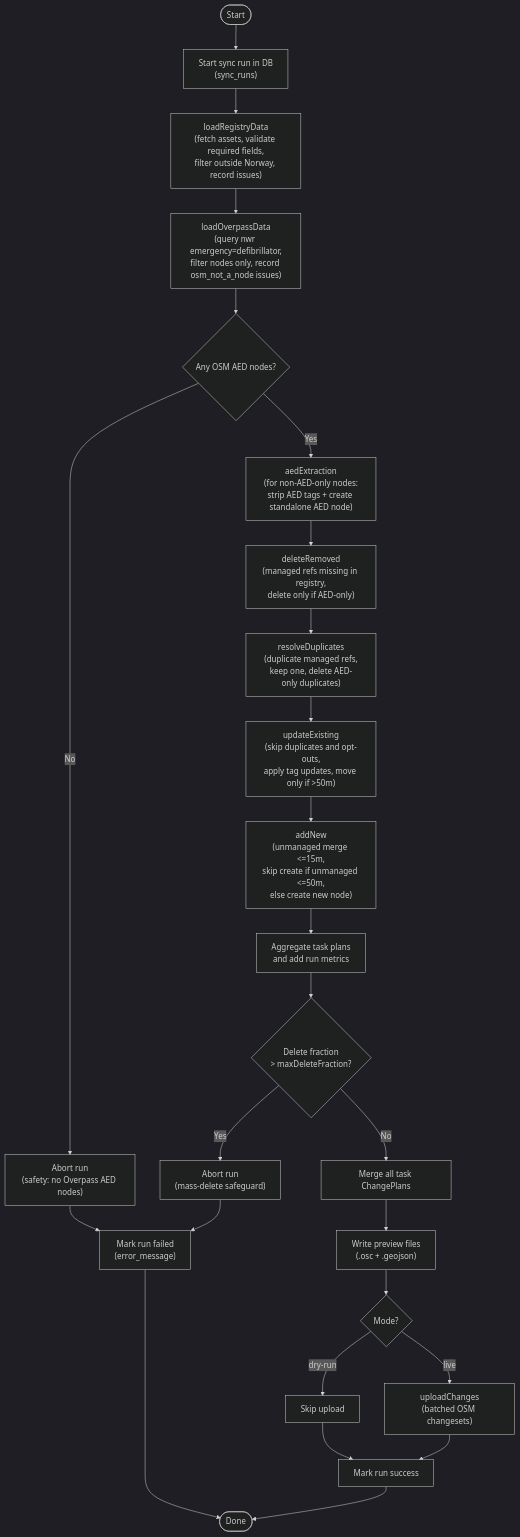
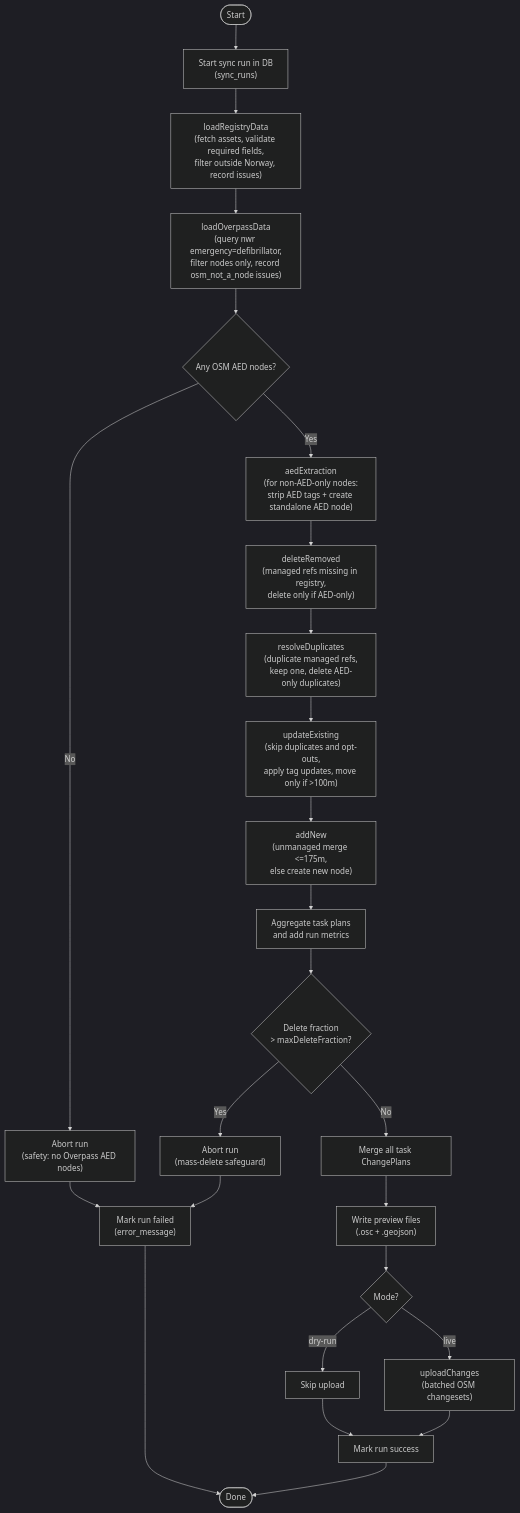
Before and after one commit to Johannes-Andersen/Hjertestarterregister2OSM: the diagram in README.md, drawn with Mermaid (dark theme). The commit also changed other lines of this file and 1 other file, not shown here.

Commit message:
fix: changedLocationDistanceMeters = 100 unmanagedMergeDistanceMeters = 175

````diff
--- a/README.md
+++ b/README.md
@@ -138,30 +138,30 @@
 ```mermaid
 flowchart TD
     Start([Start]) --> InitRun["Start sync run in DB<br/>(sync_runs)"]
     InitRun --> LoadReg["loadRegistryData<br/>(fetch assets, validate required fields,<br/>filter outside Norway, record issues)"]
     LoadReg --> LoadOSM["loadOverpassData<br/>(query nwr emergency=defibrillator,<br/>filter nodes only, record osm_not_a_node issues)"]
     LoadOSM --> HasOverpass{"Any OSM AED nodes?"}
     HasOverpass -->|No| AbortNoOverpass["Abort run<br/>(safety: no Overpass AED nodes)"]
     HasOverpass -->|Yes| Extract["aedExtraction<br/>(for non-AED-only nodes:<br/>strip AED tags + create standalone AED node)"]
 
     Extract --> DeleteRemoved["deleteRemoved<br/>(managed refs missing in registry,<br/>delete only if AED-only)"]
     DeleteRemoved --> ResolveDup["resolveDuplicates<br/>(duplicate managed refs,<br/>keep one, delete AED-only duplicates)"]
-    ResolveDup --> Update["updateExisting<br/>(skip duplicates and opt-outs,<br/>apply tag updates, move only if >50m)"]
-    Update --> Add["addNew<br/>(unmanaged merge <=15m,<br/>skip create if unmanaged <=50m,<br/>else create new node)"]
+    ResolveDup --> Update["updateExisting<br/>(skip duplicates and opt-outs,<br/>apply tag updates, move only if >100m)"]
+    Update --> Add["addNew<br/>(unmanaged merge <=175m,<br/>else create new node)"]
 
     Add --> Metrics["Aggregate task plans<br/>and add run metrics"]
     Metrics --> DeleteGuard{"Delete fraction<br/>> maxDeleteFraction?"}
     DeleteGuard -->|Yes| AbortDelete["Abort run<br/>(mass-delete safeguard)"]
     DeleteGuard -->|No| Merge["Merge all task ChangePlans"]
     Merge --> Write["Write preview files<br/>(.osc + .geojson)"]
     Write --> Mode{"Mode?"}
     Mode -->|dry-run| Dry["Skip upload"]
     Mode -->|live| Live["uploadChanges<br/>(batched OSM changesets)"]
 
     Dry --> Success["Mark run success"]
     Live --> Success
     AbortNoOverpass --> Failed["Mark run failed<br/>(error_message)"]
     AbortDelete --> Failed
     Success --> Done([Done])
     Failed --> Done
 ```
````
